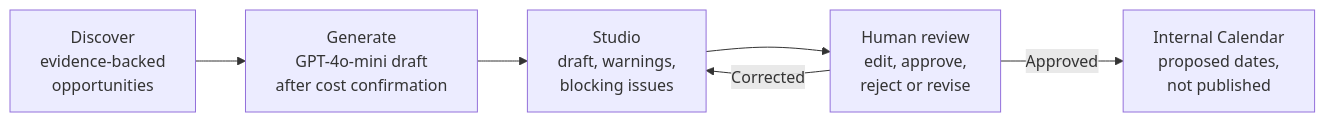
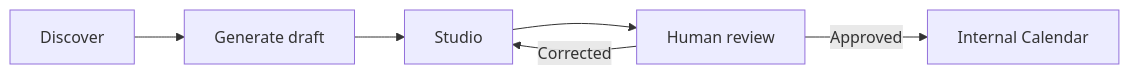
Before and after one commit to lameessa/ATIA: the first of 2 diagrams in README.md, drawn with Mermaid.

Commit message:
Shorten workflow diagram labels so GitHub controls don't cover them

````diff
--- a/README.md
+++ b/README.md
@@ -34,8 +34,8 @@
 ```mermaid
 flowchart LR
-    A[Discover<br>evidence-backed<br>opportunities] --> B[Generate<br>GPT-4o-mini draft<br>after cost confirmation]
-    B --> C[Studio<br>draft, warnings,<br>blocking issues]
-    C --> D[Human review<br>edit, approve,<br>reject or revise]
-    D -->|Approved| E[Internal Calendar<br>proposed dates,<br>not published]
+    A[Discover] --> B[Generate draft]
+    B --> C[Studio]
+    C --> D[Human review]
+    D -->|Approved| E[Internal Calendar]
     D -->|Corrected| C
 ```
````
